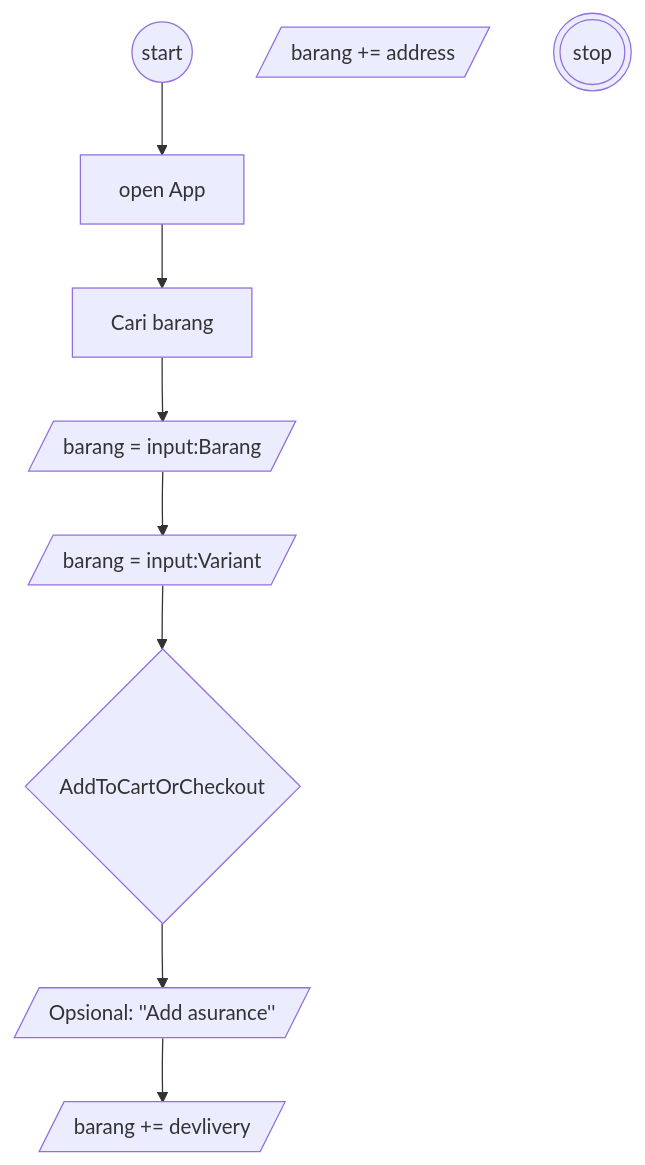
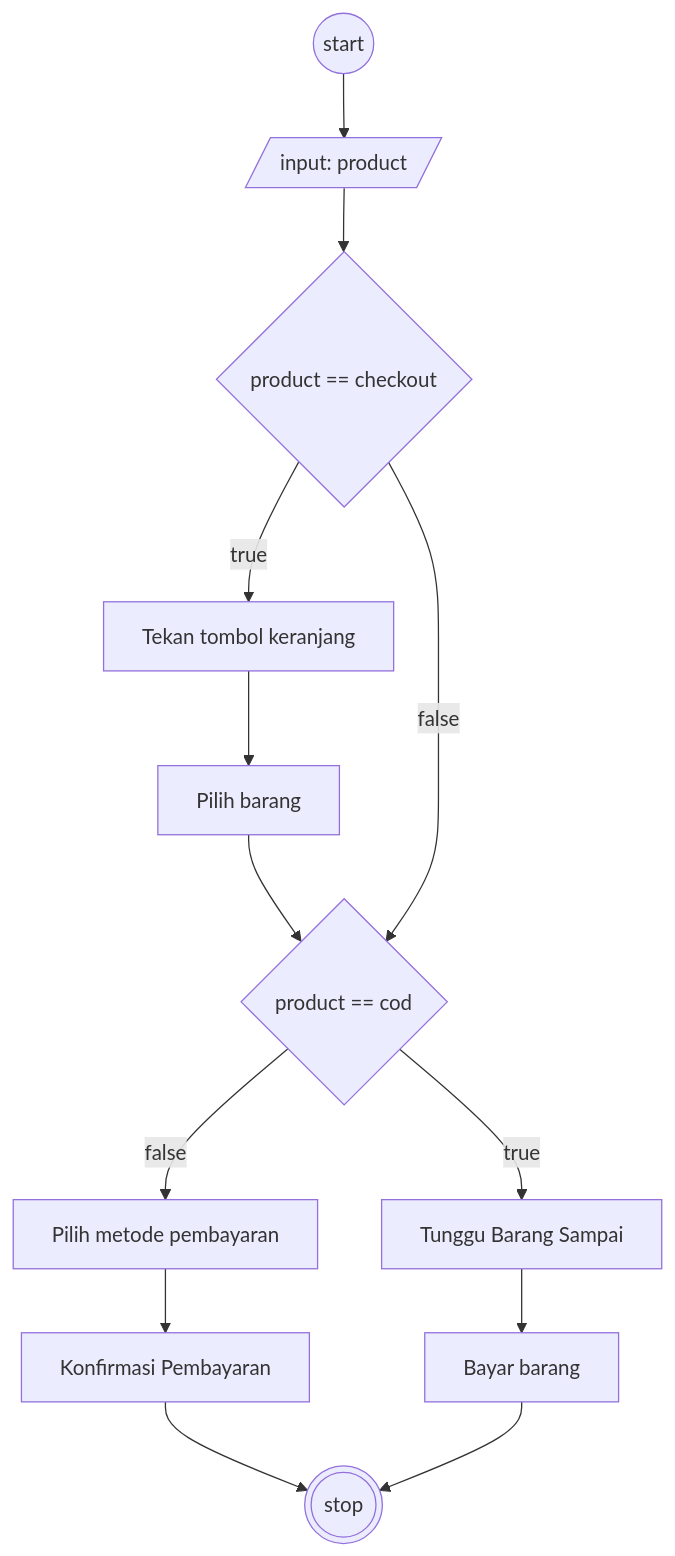
Before and after one commit to AbiPasundan/koda-b6-algoritma: the diagram in algoritma-checkout-tokopedia.md, drawn with Mermaid. The commit also changed other lines of this file, not shown here.

````diff
--- a/algoritma-checkout-tokopedia.md
+++ b/algoritma-checkout-tokopedia.md
@@ -24,17 +17,22 @@
 ```mermaid
 flowchart TB
  Start@{ shape: circ, label: "start"} 
- OpenApp@{ shape: rect, label: "open App"} 
- Find@{ shape: rect, label: "Cari barang"} 
- Choose@{ shape: lean-r, label: "barang = input:Barang"}
- Variant@{ shape: lean-r, label: "barang = input:Variant"}
- AddToCartOrCheckout@{ shape: diamond, label: ""}
- Address@{ shape: lean-r, label: "barang += address"}
- Asurance@{ shape: lean-r, label: "Opsional: ''Add asurance''"}
- ChooseDelivery@{ shape: lean-r, label: "barang += devlivery"}
- Asurance@{ shape: lean-r, label: "Opsional: ''Add asurance''"}
+ FindProduct@{ shape: lean-r, label: "input: product"}
+ CheckOutProcess@{ shape: diamond, label: "product == checkout"}
+ CartProcess@{ shape: rect, label: "Tekan tombol keranjang"}
+ CheckOut@{ shape: rect, label: "Pilih barang"}
+ PriceMethod@{ shape: diamond, label: "product == cod"}
+ PriceNotCod@{ shape: rect, label: "Pilih metode pembayaran"}
+ Confirm@{ shape: rect, label: "Konfirmasi Pembayaran"}
+ PriceIsCod@{ shape: rect, label: "Tunggu Barang Sampai"}
+ PriceProductCod@{ shape: rect, label: "Bayar barang"}
+
 
  Stop@{ shape: dbl-circ, label: "stop"}
 
- Start-->OpenApp-->Find-->Choose-->Variant-->AddToCartOrCheckout-->Asurance-->ChooseDelivery
+ Start-->FindProduct-->CheckOutProcess-->|true|CartProcess
+ CartProcess-->CheckOut
+ CheckOut-->PriceMethod-->|false|PriceNotCod-->Confirm-->Stop
+ PriceMethod-->|true|PriceIsCod-->PriceProductCod-->Stop
+ CheckOutProcess-->|false|PriceMethod
 ```
````
